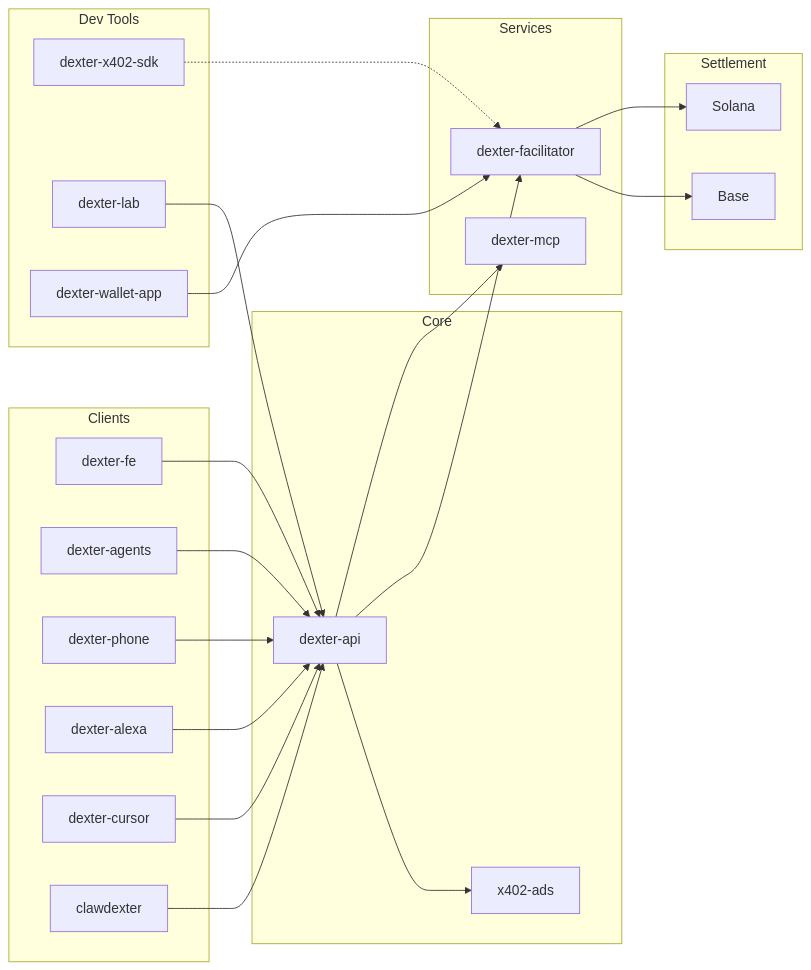
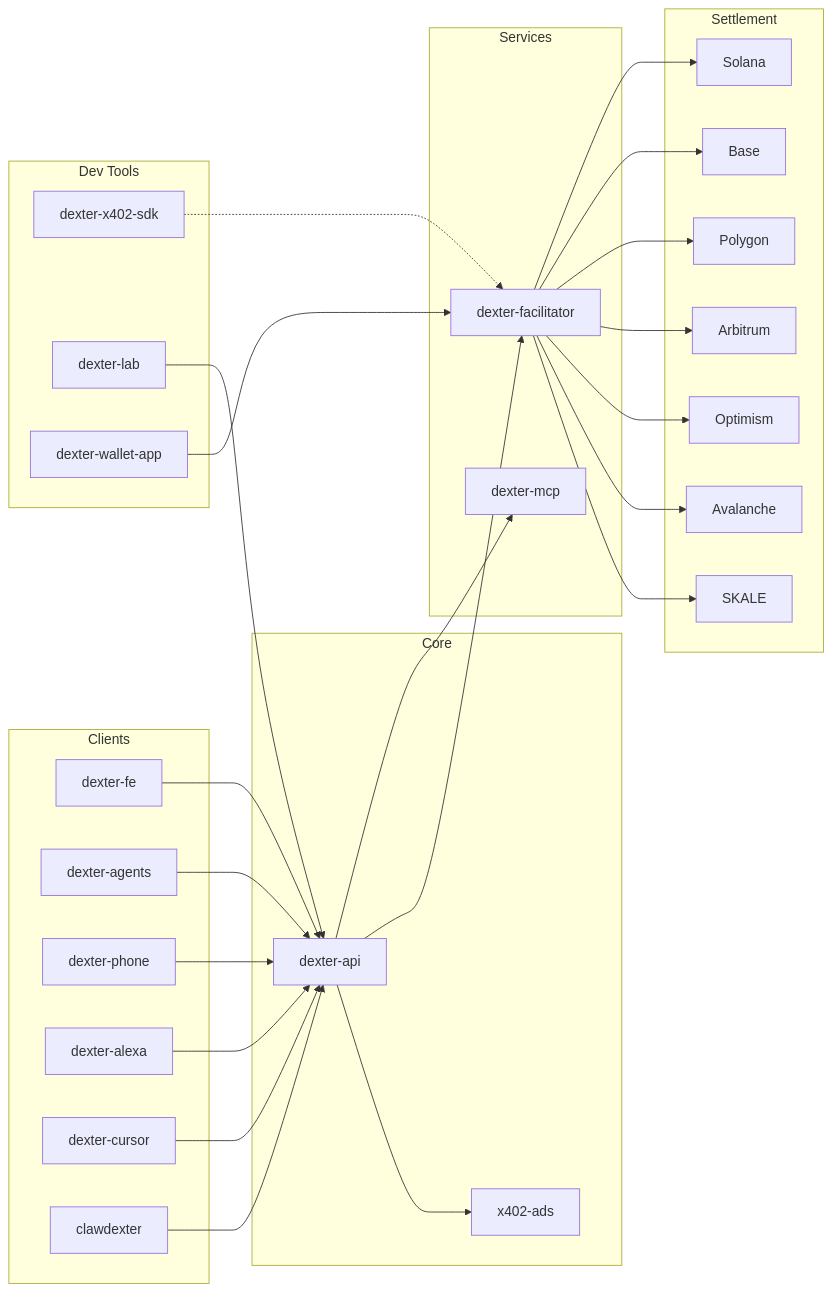
One commit to Dexter-DAO/.github changed the diagram in profile/README.md. Above: the diagram before and after it, drawn with Mermaid.

Commit message:
fix: add all 7 settlement chains to architecture diagram
Facilitator settles on Solana, Base, Polygon, Arbitrum, Optimism,
Avalanche, and SKALE — diagram previously only showed Solana and Base.

Made-with: Cursor

````diff
--- a/profile/README.md
+++ b/profile/README.md
@@ -22,50 +22,60 @@
 ```mermaid
 flowchart LR
     subgraph clients["Clients"]
         fe["dexter-fe"]
         agents["dexter-agents"]
         phone["dexter-phone"]
         alexa["dexter-alexa"]
         cursor["dexter-cursor"]
         claw["clawdexter"]
     end
 
     subgraph core["Core"]
         api["dexter-api"]
         ads["x402-ads"]
     end
 
     subgraph services["Services"]
         mcp["dexter-mcp"]
         facilitator["dexter-facilitator"]
     end
 
     subgraph devtools["Dev Tools"]
         sdk["dexter-x402-sdk"]
         lab["dexter-lab"]
         wallet["dexter-wallet-app"]
     end
 
     subgraph settle["Settlement"]
         solana["Solana"]
         base["Base"]
+        polygon["Polygon"]
+        arbitrum["Arbitrum"]
+        optimism["Optimism"]
+        avalanche["Avalanche"]
+        skale["SKALE"]
     end
 
     fe --> api
     agents --> api
     phone --> api
     alexa --> api
     cursor --> api
     claw --> api
 
     api --> mcp
     api --> facilitator
     api --> ads
 
     sdk -.-> facilitator
     lab --> api
     wallet --> facilitator
 
     facilitator --> solana
     facilitator --> base
+    facilitator --> polygon
+    facilitator --> arbitrum
+    facilitator --> optimism
+    facilitator --> avalanche
+    facilitator --> skale
 ```
````
